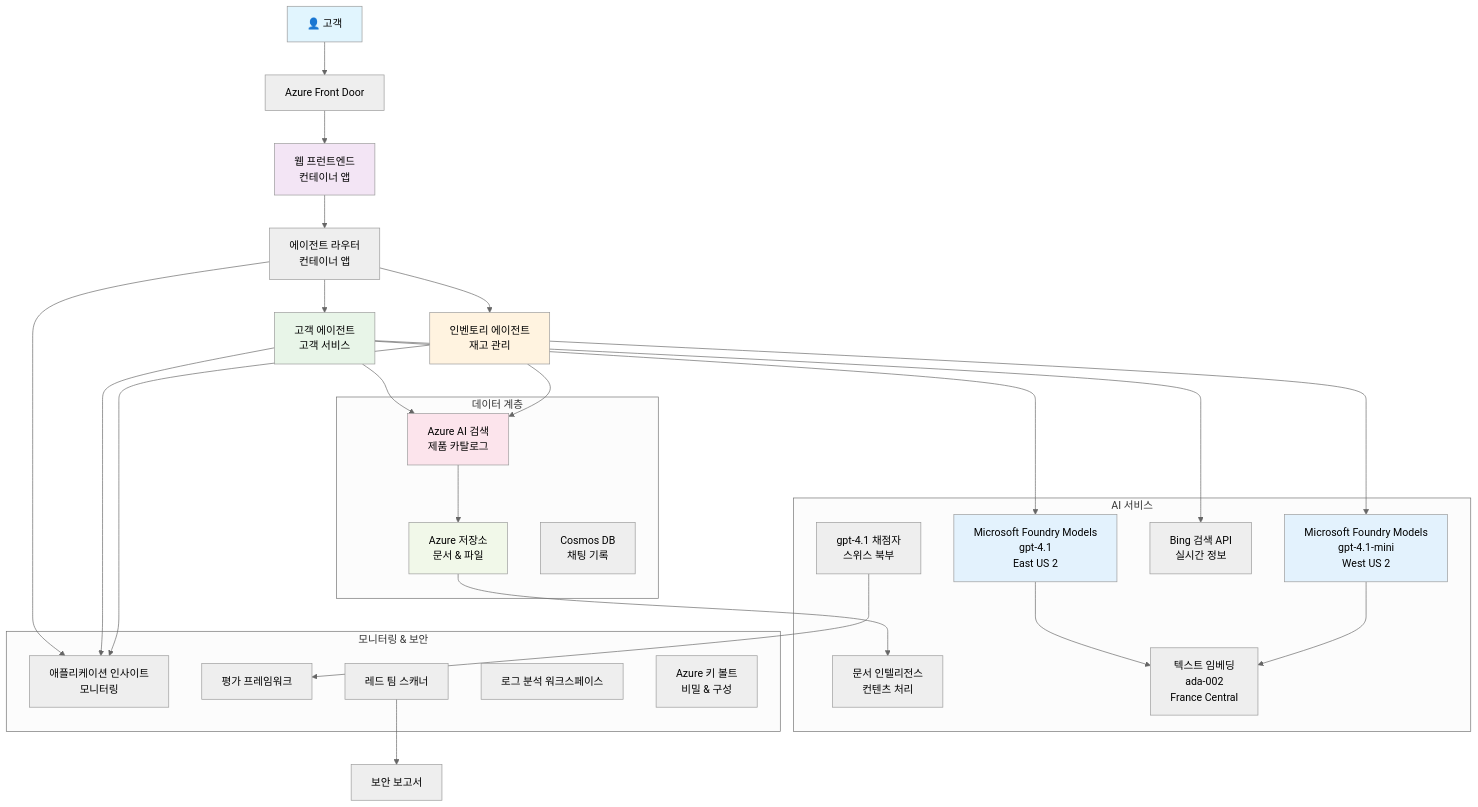
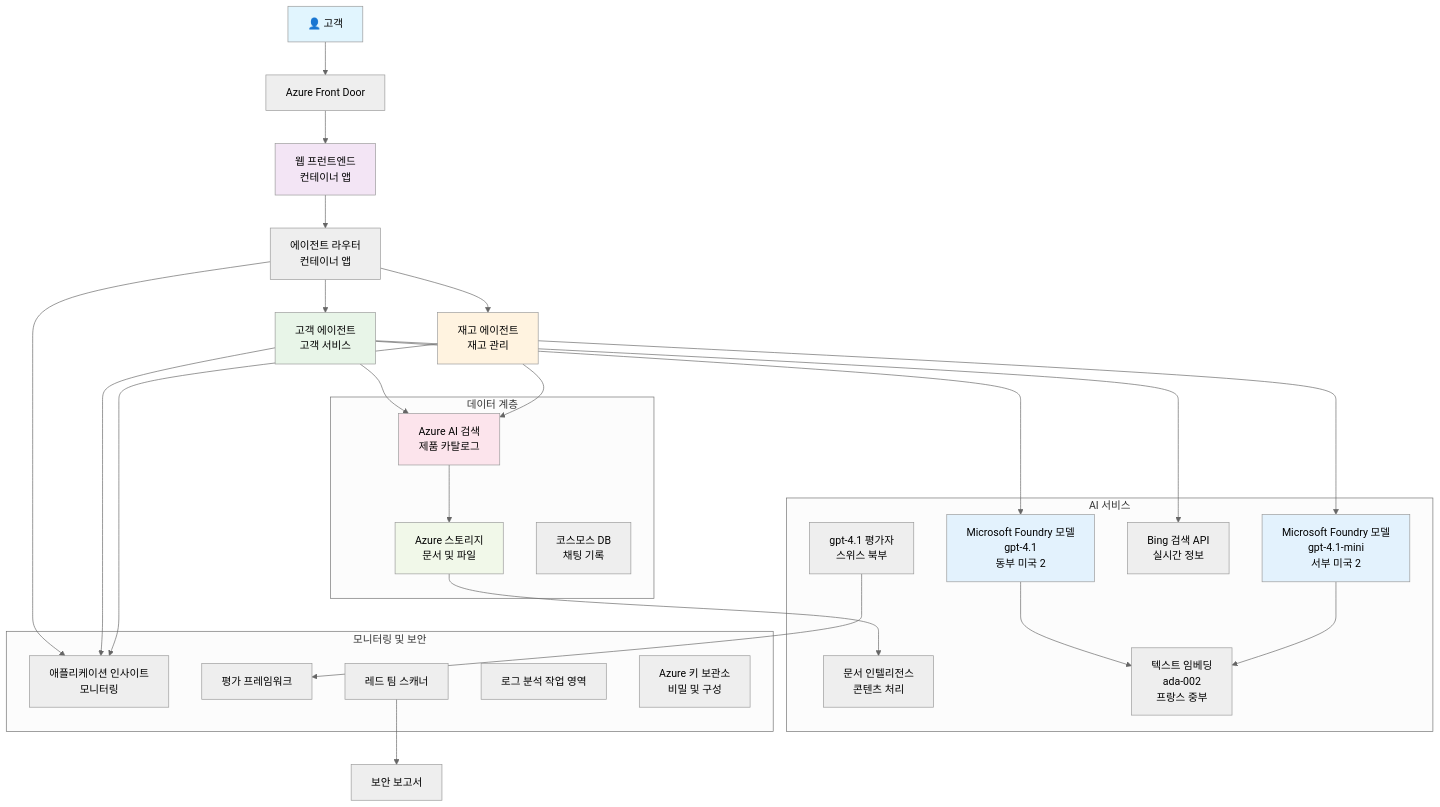
The diagram in translations/ko/examples/retail-scenario.md (microsoft/AZD-for-beginners), drawn with Mermaid (neutral theme) before and after one commit. The commit also changed other lines of this file and 104 other files, not shown here.

````diff
--- a/translations/ko/examples/retail-scenario.md
+++ b/translations/ko/examples/retail-scenario.md
@@ -139,61 +139,61 @@
 ```mermaid
 graph TB
     User[👤 고객] --> LB[Azure Front Door]
     LB --> WebApp[웹 프런트엔드<br/>컨테이너 앱]
     
     WebApp --> Router[에이전트 라우터<br/>컨테이너 앱]
     Router --> CustomerAgent[고객 에이전트<br/>고객 서비스]
-    Router --> InvAgent[인벤토리 에이전트<br/>재고 관리]
+    Router --> InvAgent[재고 에이전트<br/>재고 관리]
     
-    CustomerAgent --> OpenAI1[Microsoft Foundry Models<br/>gpt-4.1<br/>East US 2]
-    InvAgent --> OpenAI2[Microsoft Foundry Models<br/>gpt-4.1-mini<br/>West US 2]
+    CustomerAgent --> OpenAI1[Microsoft Foundry 모델<br/>gpt-4.1<br/>동부 미국 2]
+    InvAgent --> OpenAI2[Microsoft Foundry 모델<br/>gpt-4.1-mini<br/>서부 미국 2]
     
     CustomerAgent --> AISearch[Azure AI 검색<br/>제품 카탈로그]
     CustomerAgent --> BingSearch[Bing 검색 API<br/>실시간 정보]
     InvAgent --> AISearch
     
-    AISearch --> Storage[Azure 저장소<br/>문서 & 파일]
-    Storage --> DocIntel[문서 인텔리전스<br/>컨텐츠 처리]
+    AISearch --> Storage[Azure 스토리지<br/>문서 및 파일]
+    Storage --> DocIntel[문서 인텔리전스<br/>콘텐츠 처리]
     
-    OpenAI1 --> Embeddings[텍스트 임베딩<br/>ada-002<br/>France Central]
+    OpenAI1 --> Embeddings[텍스트 임베딩<br/>ada-002<br/>프랑스 중부]
     OpenAI2 --> Embeddings
     
     Router --> AppInsights[애플리케이션 인사이트<br/>모니터링]
     CustomerAgent --> AppInsights
     InvAgent --> AppInsights
     
-    GraderModel[gpt-4.1 채점자<br/>스위스 북부] --> Evaluation[평가 프레임워크]
+    GraderModel[gpt-4.1 평가자<br/>스위스 북부] --> Evaluation[평가 프레임워크]
     RedTeam[레드 팀 스캐너] --> SecurityReports[보안 보고서]
     
     subgraph "데이터 계층"
         Storage
         AISearch
-        CosmosDB[Cosmos DB<br/>채팅 기록]
+        CosmosDB[코스모스 DB<br/>채팅 기록]
     end
     
     subgraph "AI 서비스"
         OpenAI1
         OpenAI2
         Embeddings
         GraderModel
         DocIntel
         BingSearch
     end
     
-    subgraph "모니터링 & 보안"
+    subgraph "모니터링 및 보안"
         AppInsights
-        LogAnalytics[로그 분석 워크스페이스]
-        KeyVault[Azure 키 볼트<br/>비밀 & 구성]
+        LogAnalytics[로그 분석 작업 영역]
+        KeyVault[Azure 키 보관소<br/>비밀 및 구성]
         RedTeam
         Evaluation
     end
     
     style User fill:#e1f5fe
     style WebApp fill:#f3e5f5
     style CustomerAgent fill:#e8f5e8
     style InvAgent fill:#fff3e0
     style OpenAI1 fill:#e3f2fd
     style OpenAI2 fill:#e3f2fd
     style AISearch fill:#fce4ec
     style Storage fill:#f1f8e9
-```  
+```
````
